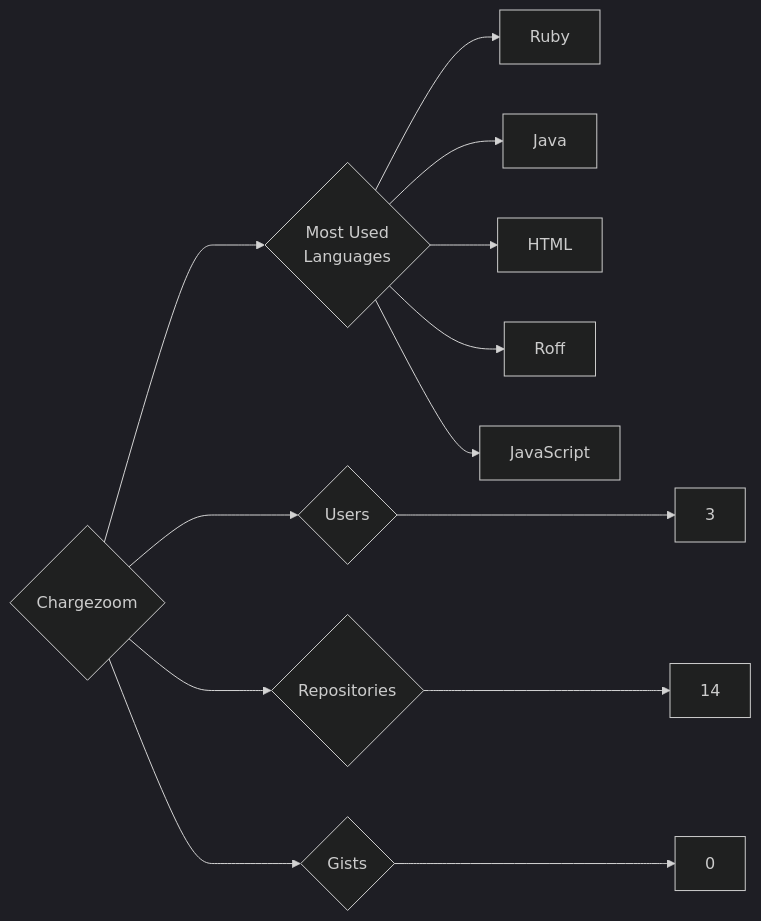
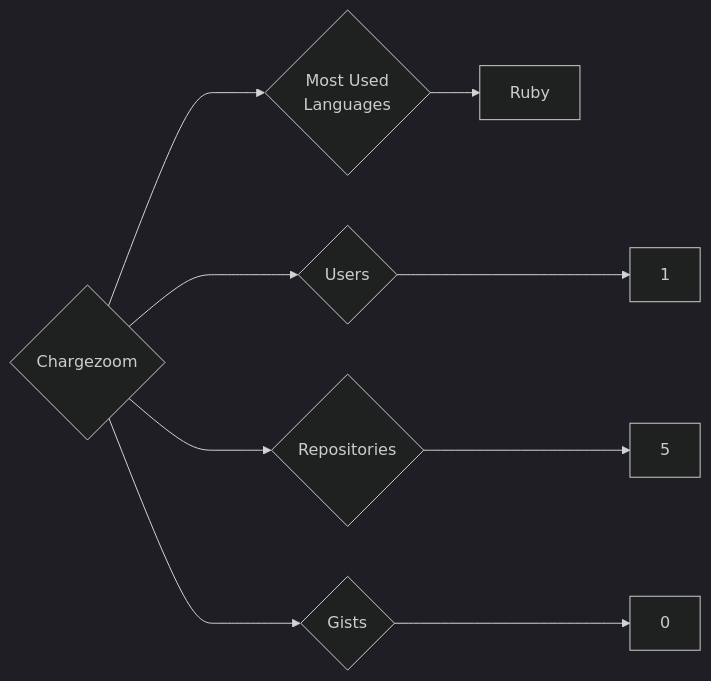
One commit to trickest/insiders changed the diagram in targets/Chargezoom/README.md. Above: the diagram before and after it, drawn with Mermaid (dark theme). The commit also changed 786 other files, not shown here.

````diff
--- a/targets/Chargezoom/README.md
+++ b/targets/Chargezoom/README.md
@@ -3,13 +3,9 @@
 ```mermaid
 graph LR
 COMPANY_NAME{Chargezoom}
-COMPANY_NAME ---> U{Users} ---> UN[3]
-COMPANY_NAME ---> R{Repositories} ---> RN[14]
+COMPANY_NAME ---> U{Users} ---> UN[1]
+COMPANY_NAME ---> R{Repositories} ---> RN[5]
 COMPANY_NAME ---> G{Gists} ---> GN[0]
 COMPANY_NAME ---> ML{Most Used<br>Languages}
 ML --> Ruby[Ruby]
-ML --> Java[Java]
-ML --> HTML[HTML]
-ML --> Roff[Roff]
-ML --> JavaScript[JavaScript]
 ```
````
